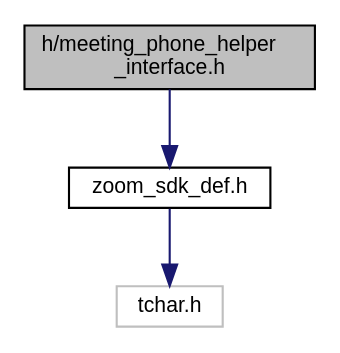
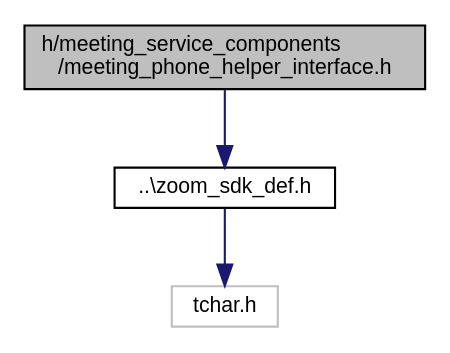
One commit to zoom/zoom-sdk-windows changed the diagram in meeting__phone__helper__interface_8h__incl.dot. Above: the diagram before and after it, drawn with Graphviz. The commit also changed 317 other files, not shown here.

```diff
--- a/meeting__phone__helper__interface_8h__incl.dot
+++ b/meeting__phone__helper__interface_8h__incl.dot
@@ -1,10 +1,10 @@
-digraph "h/meeting_phone_helper_interface.h"
+digraph "h/meeting_service_components/meeting_phone_helper_interface.h"
 {
   edge [fontname="Helvetica",fontsize="10",labelfontname="Helvetica",labelfontsize="10"];
   node [fontname="Helvetica",fontsize="10",shape=record];
-  Node0 [label="h/meeting_phone_helper\l_interface.h",height=0.2,width=0.4,color="black", fillcolor="grey75", style="filled", fontcolor="black"];
+  Node0 [label="h/meeting_service_components\l/meeting_phone_helper_interface.h",height=0.2,width=0.4,color="black", fillcolor="grey75", style="filled", fontcolor="black"];
   Node0 -> Node1 [color="midnightblue",fontsize="10",style="solid",fontname="Helvetica"];
-  Node1 [label="zoom_sdk_def.h",height=0.2,width=0.4,color="black", fillcolor="white", style="filled",URL="$zoom__sdk__def_8h.html",tooltip="Zoom Windows SDK Common Defines File. "];
+  Node1 [label="..\\zoom_sdk_def.h",height=0.2,width=0.4,color="black", fillcolor="white", style="filled",URL="$zoom__sdk__def_8h.html",tooltip="Zoom Windows SDK Common Defines File. "];
   Node1 -> Node2 [color="midnightblue",fontsize="10",style="solid",fontname="Helvetica"];
   Node2 [label="tchar.h",height=0.2,width=0.4,color="grey75", fillcolor="white", style="filled"];
 }
```
